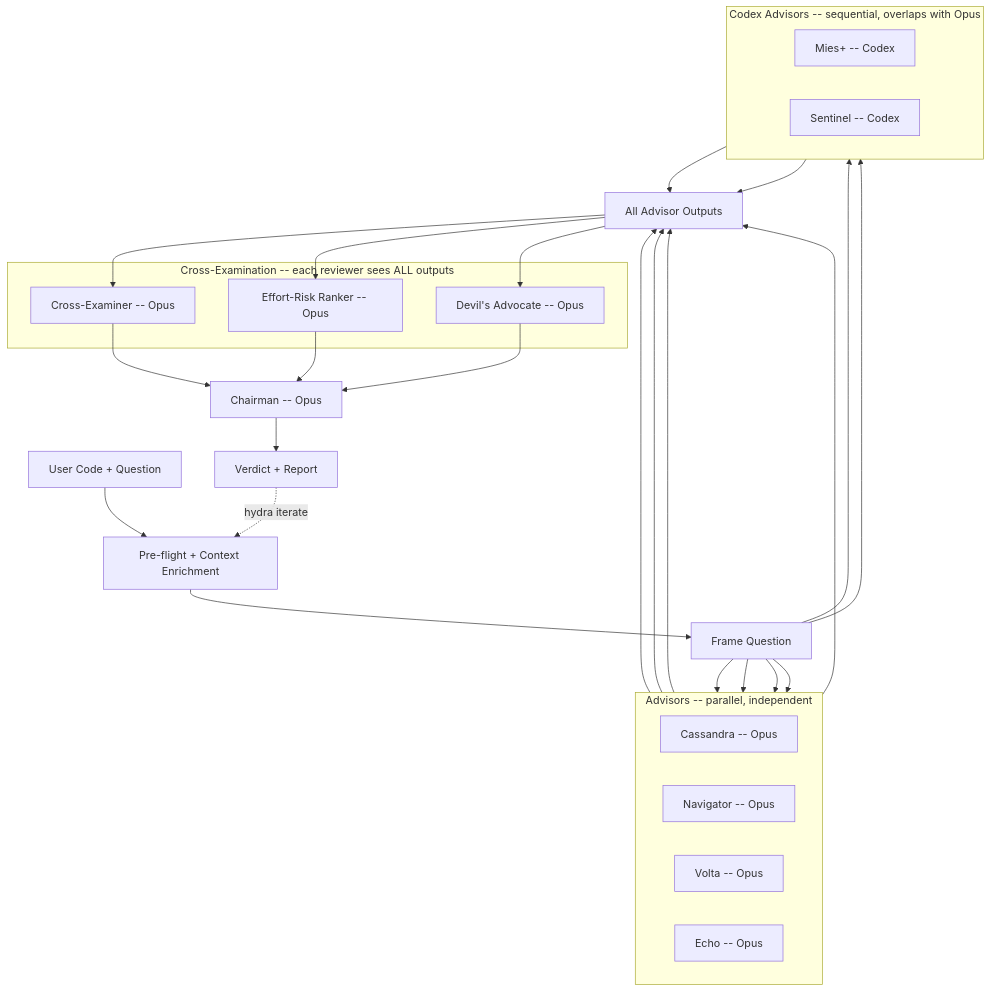
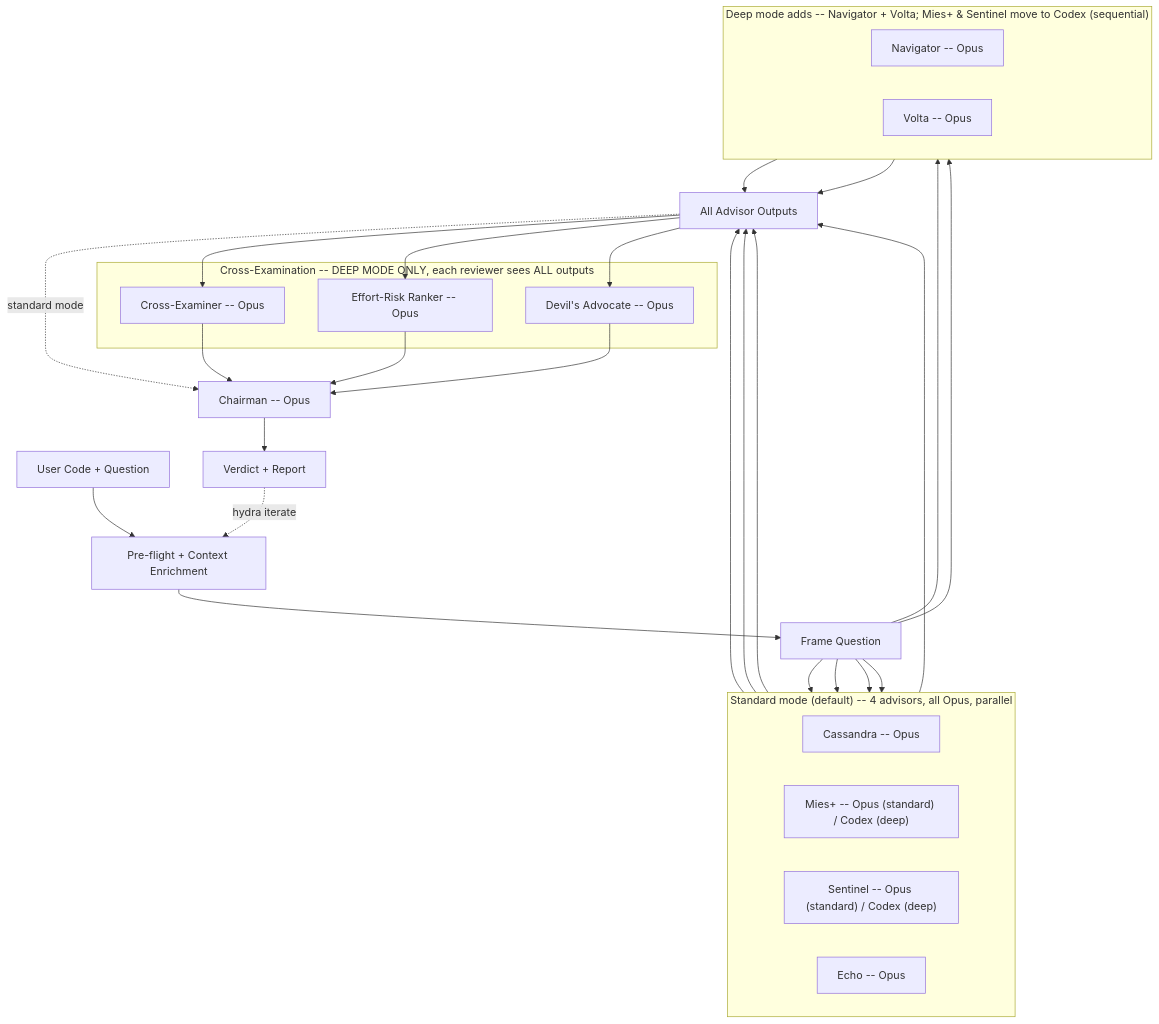
Before and after one commit to Zandereins/hydra: the diagram in README.md, drawn with Mermaid. The commit also changed other lines of this file, not shown here.

First line of the commit message:
docs(readme): mode-aware diagram + document hydra pr

````diff
--- a/README.md
+++ b/README.md
@@ -52,42 +52,43 @@
 ```mermaid
 graph TD
     A[User Code + Question] --> B[Pre-flight + Context Enrichment]
     B --> C[Frame Question]
 
     C --> D1[Cassandra -- Opus]
-    C --> D2[Navigator -- Opus]
-    C --> D3[Volta -- Opus]
+    C --> D2["Mies+ -- Opus (standard) / Codex (deep)"]
+    C --> D3["Sentinel -- Opus (standard) / Codex (deep)"]
     C --> D4[Echo -- Opus]
-    C --> D5[Mies+ -- Codex]
-    C --> D6[Sentinel -- Codex]
+    C --> D5[Navigator -- Opus]
+    C --> D6[Volta -- Opus]
 
-    subgraph "Advisors -- parallel, independent"
+    subgraph standard["Standard mode (default) -- 4 advisors, all Opus, parallel"]
         direction LR
         D1
         D2
         D3
         D4
     end
 
-    subgraph "Codex Advisors -- sequential, overlaps with Opus"
+    subgraph deep["Deep mode adds -- Navigator + Volta; Mies+ & Sentinel move to Codex (sequential)"]
         direction LR
         D5
         D6
     end
 
     D1 & D2 & D3 & D4 & D5 & D6 --> E[All Advisor Outputs]
 
+    E -. standard mode .-> F
     E --> R1[Cross-Examiner -- Opus]
     E --> R2[Effort-Risk Ranker -- Opus]
     E --> R3[Devil's Advocate -- Opus]
 
-    subgraph "Cross-Examination -- each reviewer sees ALL outputs"
+    subgraph review["Cross-Examination -- DEEP MODE ONLY, each reviewer sees ALL outputs"]
         R1
         R2
         R3
     end
 
     R1 & R2 & R3 --> F[Chairman -- Opus]
     F --> G[Verdict + Report]
     G -. hydra iterate .-> B
 ```
````
